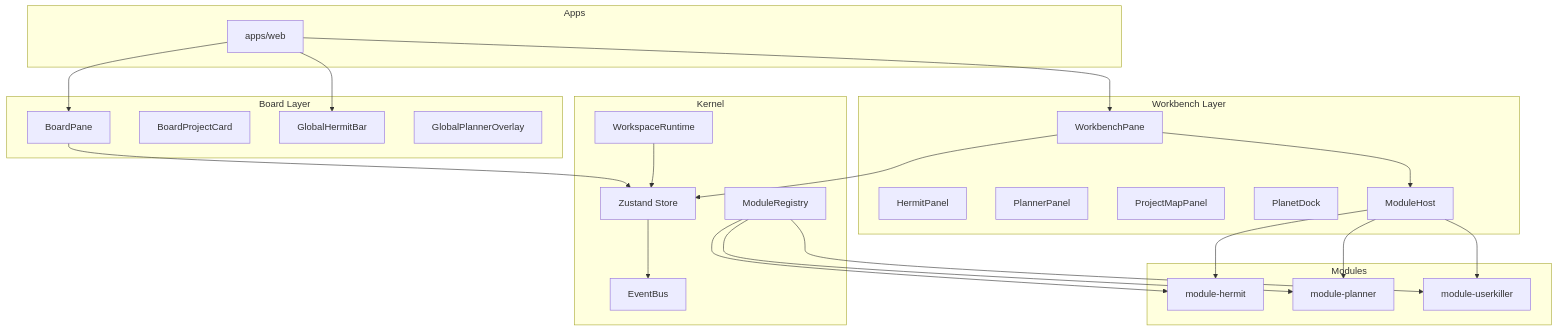
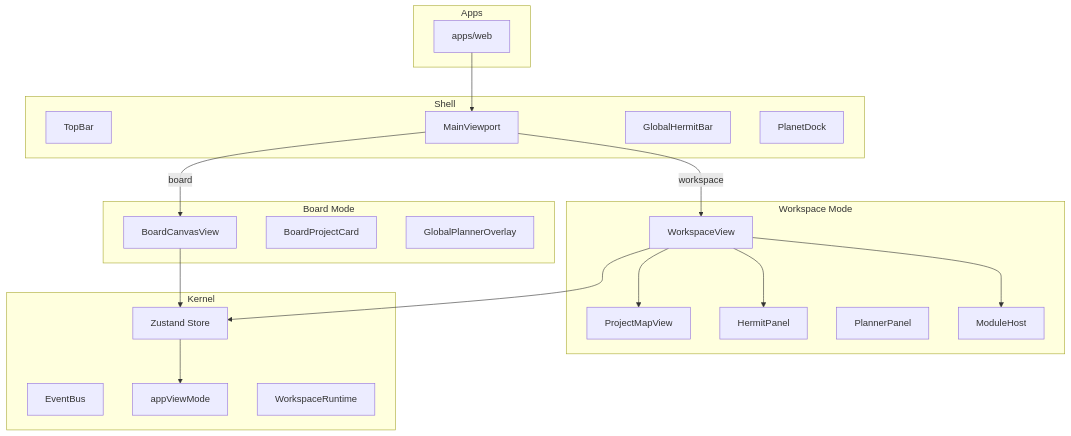
One commit to AlexDolphin05/chariot changed the diagram in docs/architecture.md. Above: the diagram before and after it, drawn with Mermaid. The commit also changed other lines of this file and 25 other files, not shown here.

First line of the commit message:
refactor: UI from dashboard to spatial model (Board/Workspace modes)

````diff
--- a/docs/architecture.md
+++ b/docs/architecture.md
@@ -5,50 +14,44 @@
 ```mermaid
 flowchart TB
     subgraph apps [Apps]
         Web[apps/web]
     end
 
-    subgraph board [Board Layer]
-        BoardPane[BoardPane]
+    subgraph shell [Shell]
+        TopBar[TopBar]
+        MainViewport[MainViewport]
+        GlobalHermitBar[GlobalHermitBar]
+        PlanetDock[PlanetDock]
+    end
+
+    subgraph board [Board Mode]
+        BoardCanvasView[BoardCanvasView]
         BoardProjectCard[BoardProjectCard]
-        GlobalHermitBar[GlobalHermitBar]
         GlobalPlannerOverlay[GlobalPlannerOverlay]
     end
 
-    subgraph workbench [Workbench Layer]
-        WorkbenchPane[WorkbenchPane]
+    subgraph workspace [Workspace Mode]
+        WorkspaceView[WorkspaceView]
+        ProjectMapView[ProjectMapView]
         HermitPanel[HermitPanel]
         PlannerPanel[PlannerPanel]
-        ProjectMapPanel[ProjectMapPanel]
-        PlanetDock[PlanetDock]
         ModuleHost[ModuleHost]
     end
 
     subgraph kernel [Kernel]
         Store[Zustand Store]
         EventBus[EventBus]
-        ModuleRegistry[ModuleRegistry]
+        AppViewMode[appViewMode]
         WorkspaceRuntime[WorkspaceRuntime]
     end
 
-    subgraph modules [Modules]
-        Hermit[module-hermit]
-        Planner[module-planner]
-        Userkiller[module-userkiller]
-    end
-
-    Web --> BoardPane
-    Web --> WorkbenchPane
-    Web --> GlobalHermitBar
-    BoardPane --> Store
-    WorkbenchPane --> Store
-    WorkbenchPane --> ModuleHost
-    ModuleHost --> Hermit
-    ModuleHost --> Planner
-    ModuleHost --> Userkiller
-    Store --> EventBus
-    WorkspaceRuntime --> Store
-    ModuleRegistry --> Hermit
-    ModuleRegistry --> Planner
-    ModuleRegistry --> Userkiller
+    Web --> MainViewport
+    MainViewport -->|board| BoardCanvasView
+    MainViewport -->|workspace| WorkspaceView
+    BoardCanvasView --> Store
+    WorkspaceView --> Store
+    WorkspaceView --> ProjectMapView
+    WorkspaceView --> HermitPanel
+    WorkspaceView --> ModuleHost
+    Store --> AppViewMode
 ```
````
